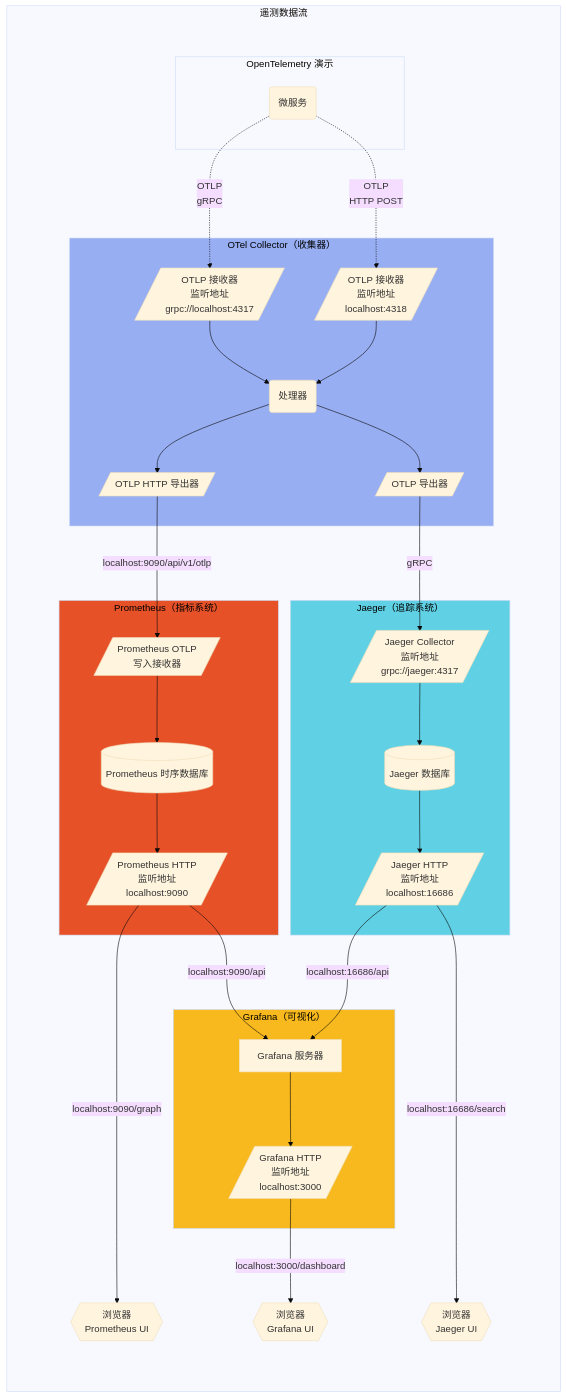
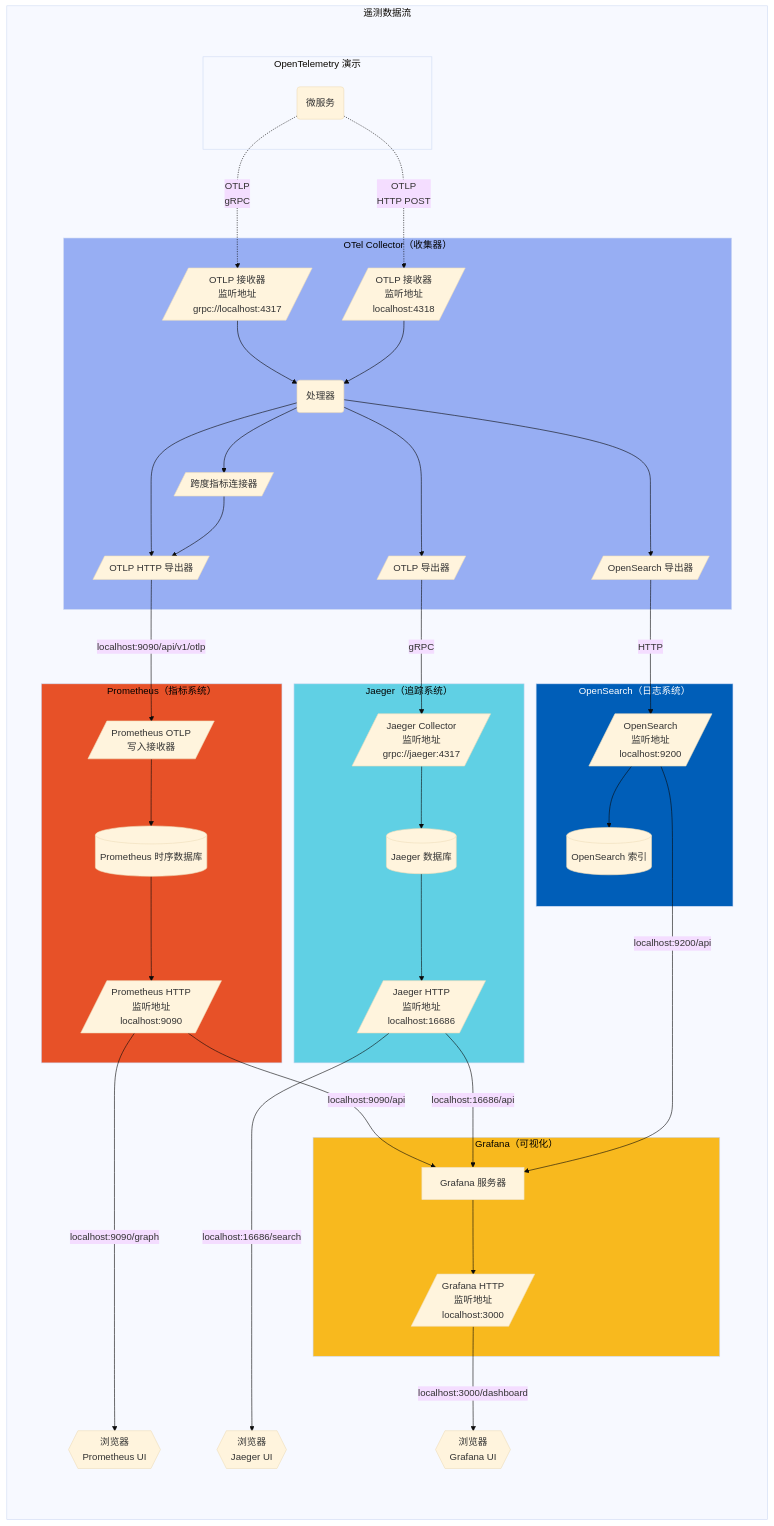
One commit to open-telemetry/opentelemetry.io changed the third of 3 diagrams in content/zh/docs/demo/architecture.md. Above: the diagram before and after it, drawn with Mermaid (base theme). The commit also changed other lines of this file and 3 other files, not shown here.

Commit message:
update otel demo architecture

```diff
--- a/content/zh/docs/demo/architecture.md
+++ b/content/zh/docs/demo/architecture.md
@@ -145,18 +145,24 @@
             oc-grpc[/"OTLP 接收器<br/>监听地址<br/>grpc://localhost:4317"/]
             oc-http[/"OTLP 接收器<br/>监听地址<br/>localhost:4318<br/>"/]
             oc-proc(处理器)
+            oc-spanmetrics[/"跨度指标连接器"/]
             oc-prom[/"OTLP HTTP 导出器"/]
             oc-otlp[/"OTLP 导出器"/]
+            oc-opensearch[/"OpenSearch 导出器"/]
 
             oc-grpc --> oc-proc
             oc-http --> oc-proc
 
             oc-proc --> oc-prom
             oc-proc --> oc-otlp
+            oc-proc --> oc-opensearch
+            oc-proc --> oc-spanmetrics
+            oc-spanmetrics --> oc-prom
         end
 
         oc-prom -->|"localhost:9090/api/v1/otlp"| pr-sc
         oc-otlp -->|gRPC| ja-col
+        oc-opensearch -->|HTTP| os-http
 
         subgraph pr[Prometheus（指标系统）]
             style pr fill:#e75128,color:black;
@@ -181,6 +187,14 @@
             ja-db --> ja-http
         end
 
+        subgraph os[OpenSearch（日志系统）]
+            style os fill:#005eb8,color:white;
+            os-http[/"OpenSearch<br/>监听地址<br/>localhost:9200"/]
+            os-db[(OpenSearch 索引)]
+            
+            os-http --> os-db
+        end
+
         subgraph gr[Grafana（可视化）]
             style gr fill:#f8b91e,color:black;
             gr-srv["Grafana 服务器"]
@@ -191,6 +205,7 @@
 
         pr-http --> |"localhost:9090/api"| gr-srv
         ja-http --> |"localhost:16686/api"| gr-srv
+        os-http --> |"localhost:9200/api"| gr-srv
 
         ja-b{{"浏览器<br/>Jaeger UI"}}
         ja-http ---->|"localhost:16686/search"| ja-b
```
